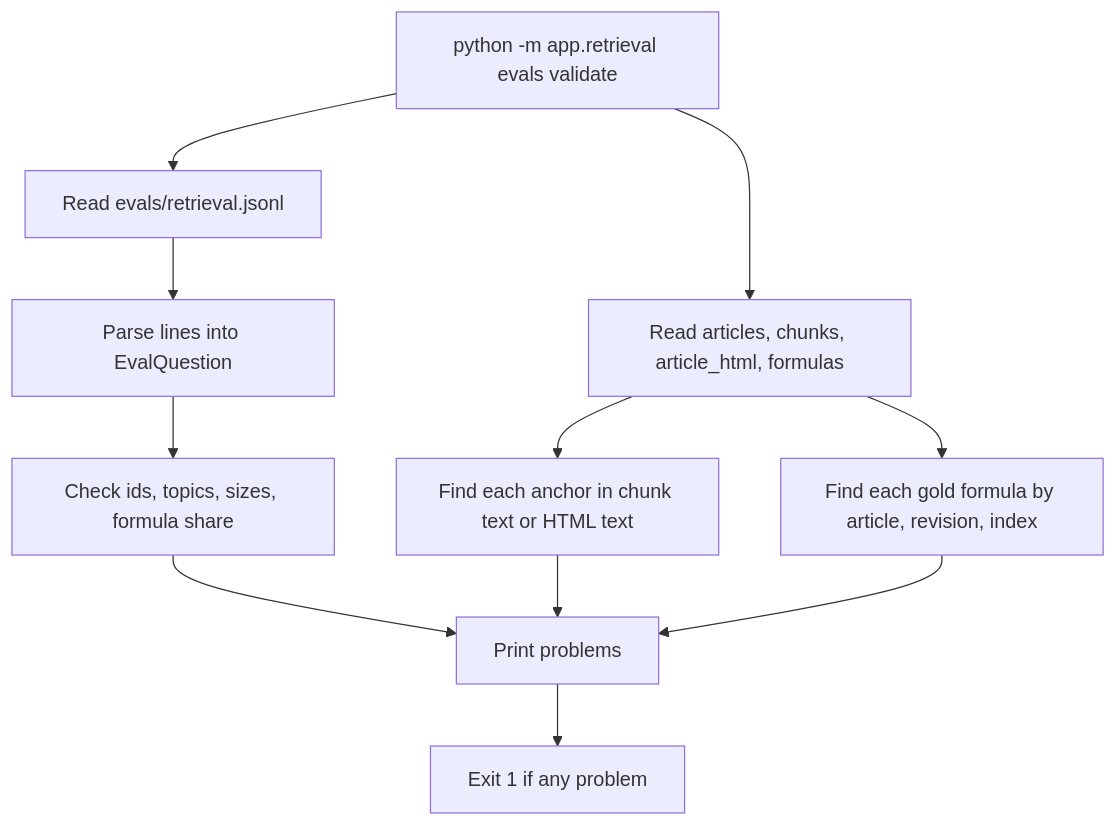
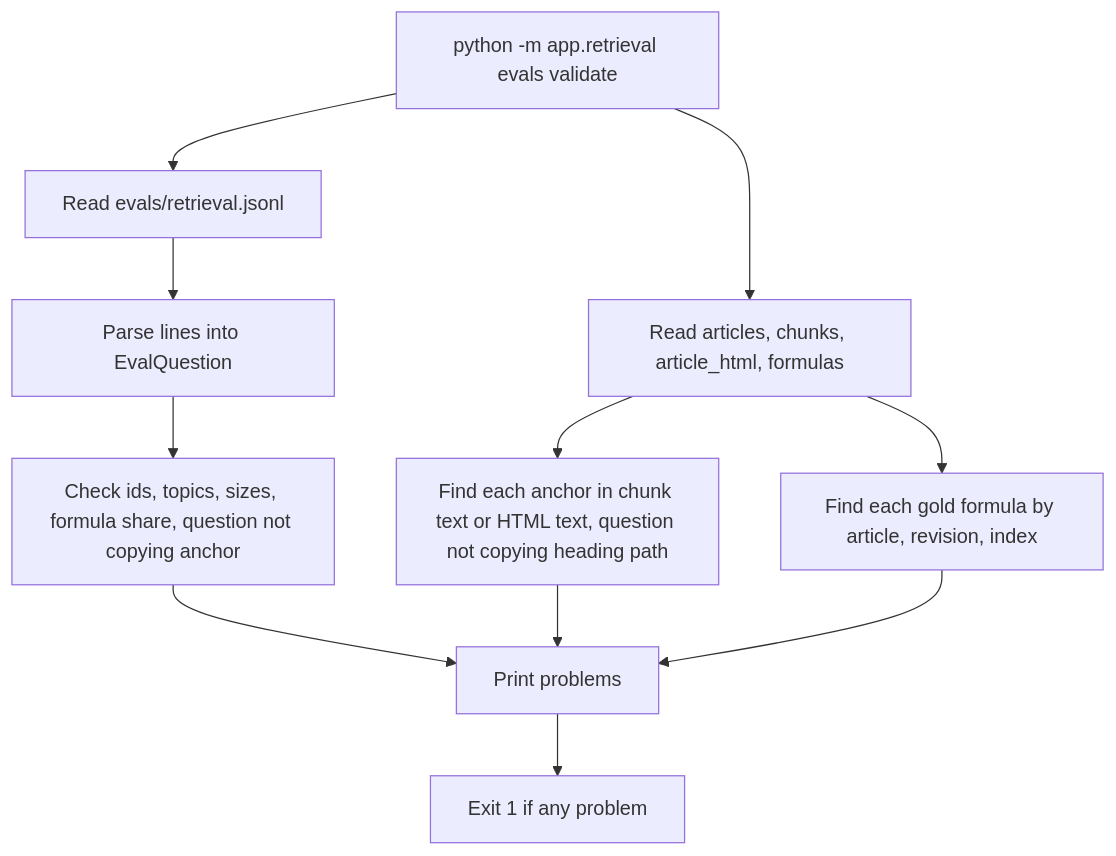
Before and after one commit to tudorciobanu99/momentum: the diagram in docs/flows/retrieval-evals.md, drawn with Mermaid. The commit also changed 3 other files, not shown here.

````diff
--- a/docs/flows/retrieval-evals.md
+++ b/docs/flows/retrieval-evals.md
@@ -3,13 +3,13 @@
 ```mermaid
 flowchart TD
     A[python -m app.retrieval evals validate] --> B[Read evals/retrieval.jsonl]
     B --> C[Parse lines into EvalQuestion]
-    C --> D[Check ids, topics, sizes, formula share]
+    C --> D[Check ids, topics, sizes, formula share, question not copying anchor]
     A --> E[Read articles, chunks, article_html, formulas]
-    E --> F[Find each anchor in chunk text or HTML text]
+    E --> F[Find each anchor in chunk text or HTML text, question not copying heading path]
     E --> G[Find each gold formula by article, revision, index]
     D --> H[Print problems]
     F --> H
     G --> H
     H --> I[Exit 1 if any problem]
 ```
````
